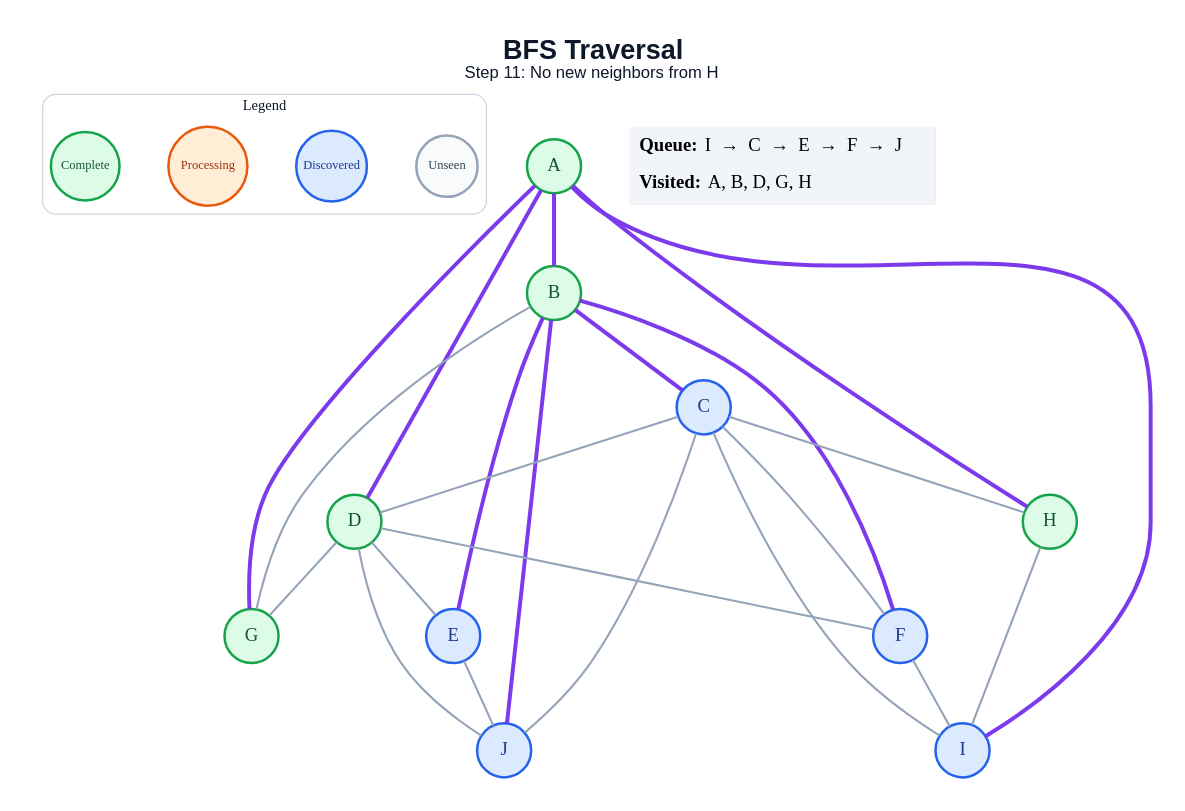
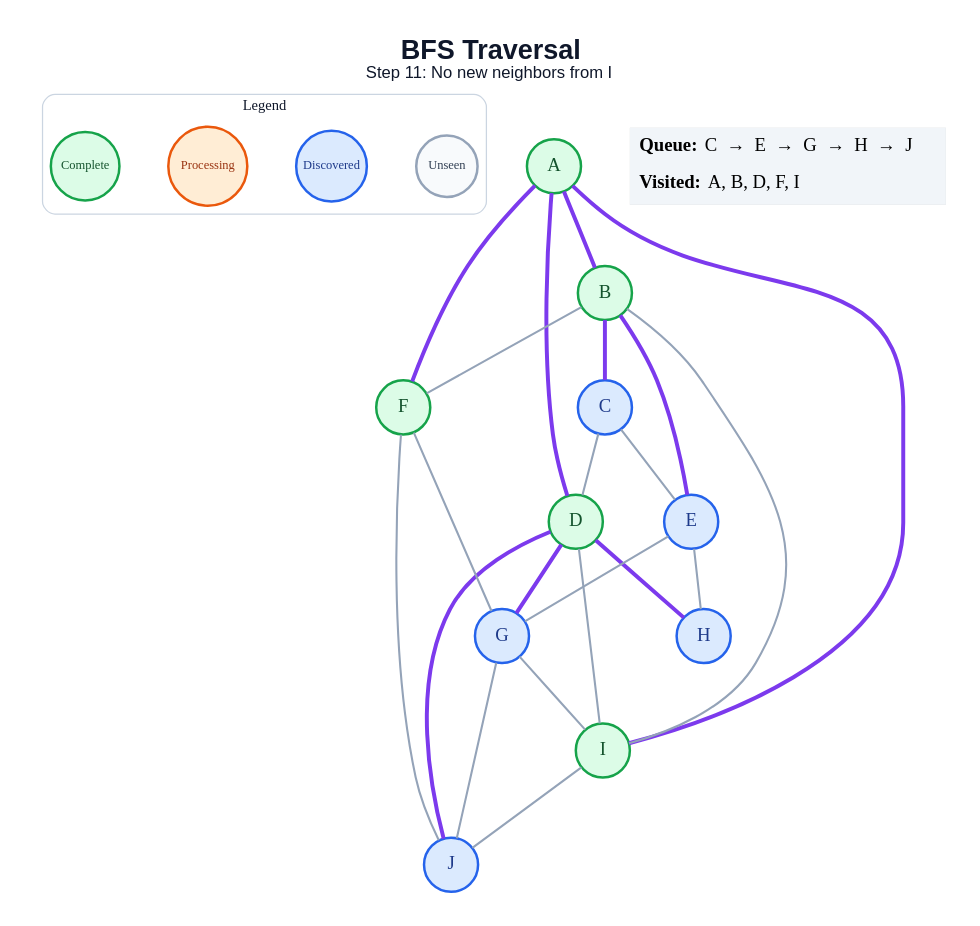
Before and after one commit to amanghodawala9/ai-slop: the diagram in generated/bfs/step_11.dot, drawn with Graphviz. The commit also changed 178 other files, not shown here.

```diff
--- a/generated/bfs/step_11.dot
+++ b/generated/bfs/step_11.dot
@@ -1,51 +1,50 @@
 graph traversal {
   graph [layout=dot, rankdir=TB, bgcolor="#FFFFFF", pad="0.35", nodesep="0.65", ranksep="0.8", fontname="Arial"];
   node [shape=circle, style="filled", fontname="Arial Bold", fontsize=18, width=0.72, fixedsize=true, penwidth=2.4];
   edge [color="#94A3B8", penwidth=2.0];
-  label=<<B>BFS Traversal</B><BR/><FONT POINT-SIZE="16">Step 11: No new neighbors from H</FONT>>; labelloc="t"; fontsize=26; fontname="Arial"; fontcolor="#0F172A";
+  label=<<B>BFS Traversal</B><BR/><FONT POINT-SIZE="16">Step 11: No new neighbors from I</FONT>>; labelloc="t"; fontsize=26; fontname="Arial"; fontcolor="#0F172A";
   subgraph cluster_legend { label="Legend"; color="#CBD5E1"; penwidth=1.2; style="rounded"; fontsize=14; fontname="Arial Bold";
     key_unseen [label="Unseen", fillcolor="#F8FAFC", color="#94A3B8", fontcolor="#334155", fontsize=12, width=0.82];
     key_frontier [label="Discovered", fillcolor="#DBEAFE", color="#2563EB", fontcolor="#1E3A8A", fontsize=12, width=0.95];
     key_current [label="Processing", fillcolor="#FFEDD5", color="#EA580C", fontcolor="#9A3412", fontsize=12, width=1.05];
     key_done [label="Complete", fillcolor="#DCFCE7", color="#16A34A", fontcolor="#14532D", fontsize=12, width=0.92];
     { rank=same; key_unseen; key_frontier; key_current; key_done; }
   }
   A [fillcolor="#DCFCE7", color="#16A34A", fontcolor="#14532D"];
   B [fillcolor="#DCFCE7", color="#16A34A", fontcolor="#14532D"];
   C [fillcolor="#DBEAFE", color="#2563EB", fontcolor="#1E3A8A"];
   D [fillcolor="#DCFCE7", color="#16A34A", fontcolor="#14532D"];
   E [fillcolor="#DBEAFE", color="#2563EB", fontcolor="#1E3A8A"];
-  F [fillcolor="#DBEAFE", color="#2563EB", fontcolor="#1E3A8A"];
-  G [fillcolor="#DCFCE7", color="#16A34A", fontcolor="#14532D"];
-  H [fillcolor="#DCFCE7", color="#16A34A", fontcolor="#14532D"];
-  I [fillcolor="#DBEAFE", color="#2563EB", fontcolor="#1E3A8A"];
+  F [fillcolor="#DCFCE7", color="#16A34A", fontcolor="#14532D"];
+  G [fillcolor="#DBEAFE", color="#2563EB", fontcolor="#1E3A8A"];
+  H [fillcolor="#DBEAFE", color="#2563EB", fontcolor="#1E3A8A"];
+  I [fillcolor="#DCFCE7", color="#16A34A", fontcolor="#14532D"];
   J [fillcolor="#DBEAFE", color="#2563EB", fontcolor="#1E3A8A"];
   A -- B [color="#7C3AED", penwidth=3.8];
   A -- D [color="#7C3AED", penwidth=3.8];
-  A -- G [color="#7C3AED", penwidth=3.8];
-  A -- H [color="#7C3AED", penwidth=3.8];
+  A -- F [color="#7C3AED", penwidth=3.8];
   A -- I [color="#7C3AED", penwidth=3.8];
   B -- C [color="#7C3AED", penwidth=3.8];
   B -- E [color="#7C3AED", penwidth=3.8];
-  B -- F [color="#7C3AED", penwidth=3.8];
-  B -- G;
-  B -- J [color="#7C3AED", penwidth=3.8];
+  B -- F;
+  B -- I;
   C -- D;
-  C -- F;
-  C -- H;
-  C -- I;
-  C -- J;
-  D -- E;
-  D -- F;
-  D -- G;
-  D -- J;
-  E -- J;
-  F -- I;
-  H -- I;
+  C -- E;
+  D -- G [color="#7C3AED", penwidth=3.8];
+  D -- H [color="#7C3AED", penwidth=3.8];
+  D -- I;
+  D -- J [color="#7C3AED", penwidth=3.8];
+  E -- G;
+  E -- H;
+  F -- G;
+  F -- J;
+  G -- I;
+  G -- J;
+  I -- J;
   status [shape=plain, fixedsize=false, width=0, height=0, margin=0, label=<
     <TABLE BORDER="0" CELLBORDER="0" CELLPADDING="7" BGCOLOR="#F1F5F9">
-      <TR><TD ALIGN="LEFT"><B>Queue:</B> I  →  C  →  E  →  F  →  J</TD></TR>
-      <TR><TD ALIGN="LEFT"><B>Visited:</B> A, B, D, G, H</TD></TR>
+      <TR><TD ALIGN="LEFT"><B>Queue:</B> C  →  E  →  G  →  H  →  J</TD></TR>
+      <TR><TD ALIGN="LEFT"><B>Visited:</B> A, B, D, F, I</TD></TR>
     </TABLE>
   >];
 }
```
